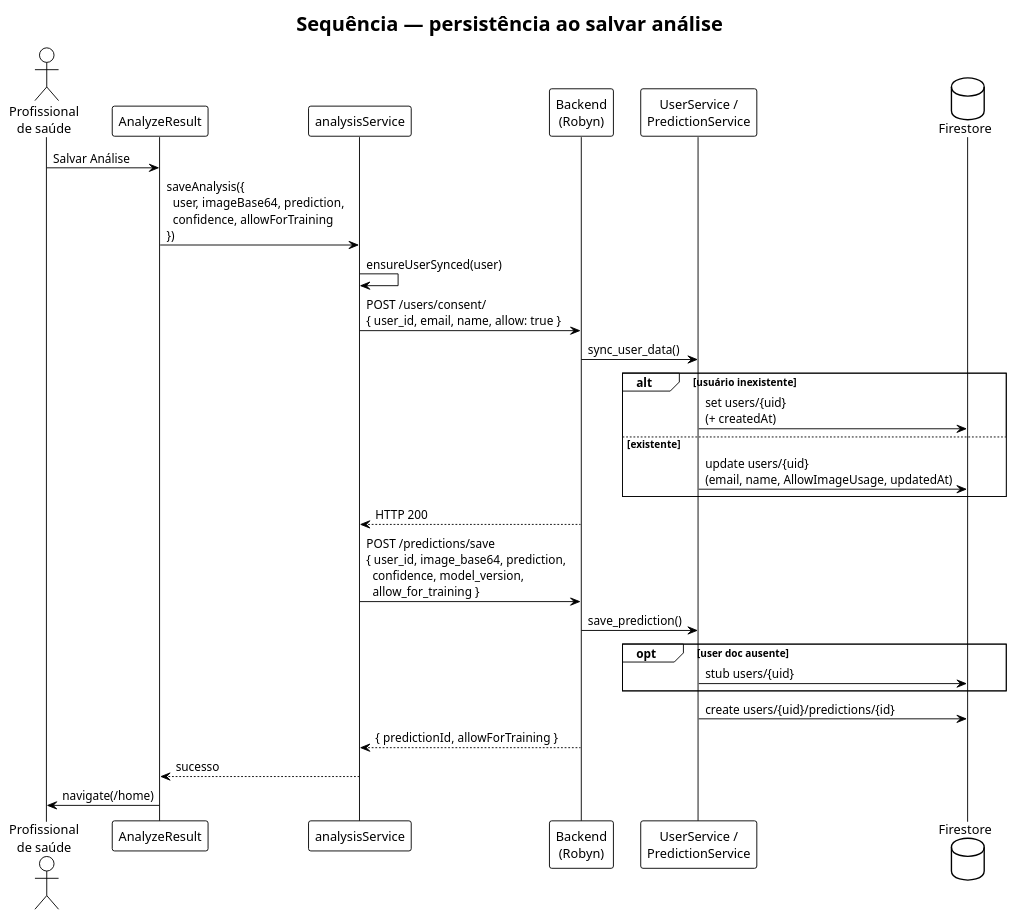
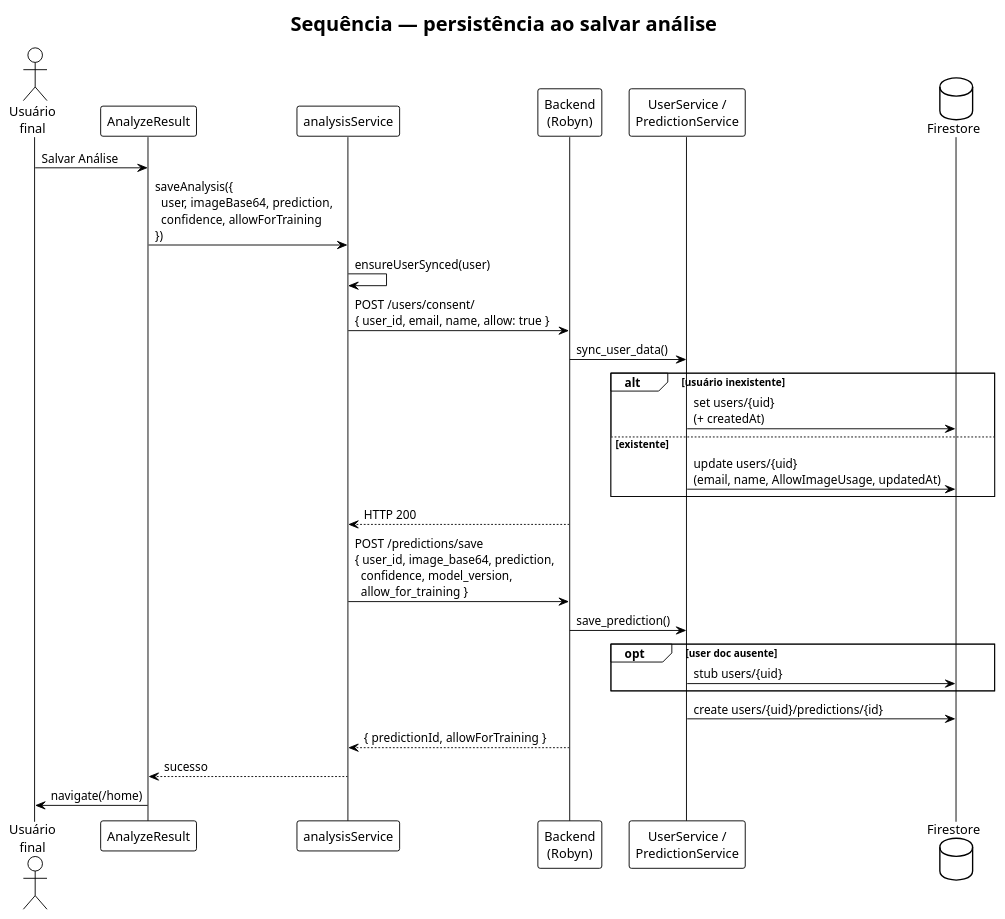
One commit to Alyssandro1771415/leprosy_classification_models-TCC changed the diagram in app/frontend/docs/diagramas/banco-de-dados/sequencia-persistencia-salvar.puml. Above: the diagram before and after it, drawn with PlantUML. The commit also changed 61 other files, not shown here.

```diff
--- a/app/frontend/docs/diagramas/banco-de-dados/sequencia-persistencia-salvar.puml
+++ b/app/frontend/docs/diagramas/banco-de-dados/sequencia-persistencia-salvar.puml
@@ -1,36 +1,36 @@
 @startuml sequencia-persistencia-salvar
 !theme plain
 skinparam shadowing false
 title Sequência — persistência ao salvar análise
 
-actor "Profissional\nde saúde" as P
+actor "Usuário\nfinal" as P
 participant "AnalyzeResult" as AR
 participant "analysisService" as S
 participant "Backend\n(Robyn)" as B
 participant "UserService /\nPredictionService" as PS
 database "Firestore" as DB
 
 P -> AR : Salvar Análise
 AR -> S : saveAnalysis({\n  user, imageBase64, prediction,\n  confidence, allowForTraining\n})
 
 S -> S : ensureUserSynced(user)
 S -> B : POST /users/consent/\n{ user_id, email, name, allow: true }
 B -> PS : sync_user_data()
 alt usuário inexistente
   PS -> DB : set users/{uid}\n(+ createdAt)
 else existente
   PS -> DB : update users/{uid}\n(email, name, AllowImageUsage, updatedAt)
 end
 B --> S : HTTP 200
 
 S -> B : POST /predictions/save\n{ user_id, image_base64, prediction,\n  confidence, model_version,\n  allow_for_training }
 B -> PS : save_prediction()
 opt user doc ausente
   PS -> DB : stub users/{uid}
 end
 PS -> DB : create users/{uid}/predictions/{id}
 B --> S : { predictionId, allowForTraining }
 S --> AR : sucesso
 AR -> P : navigate(/home)
 
 @enduml
```
